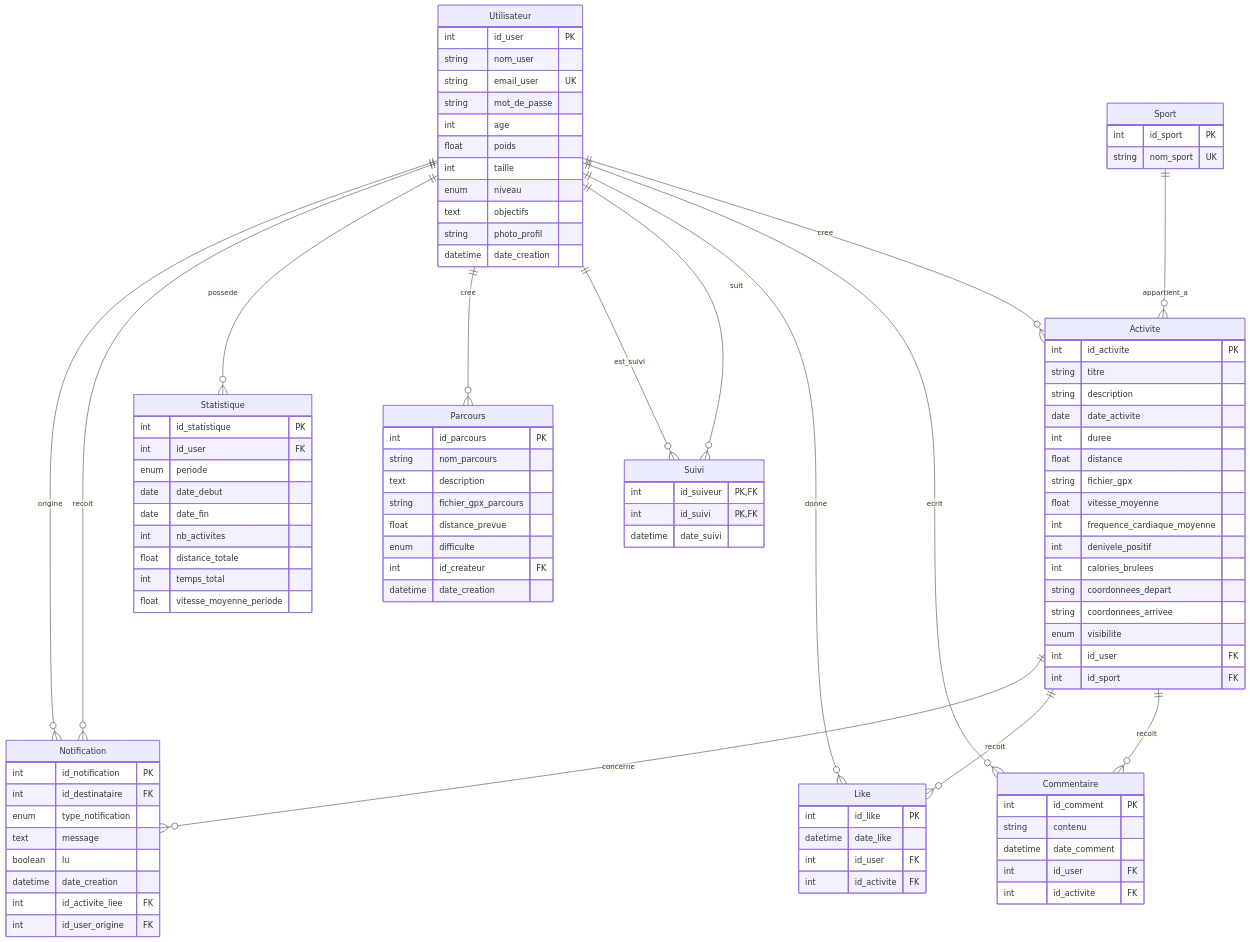
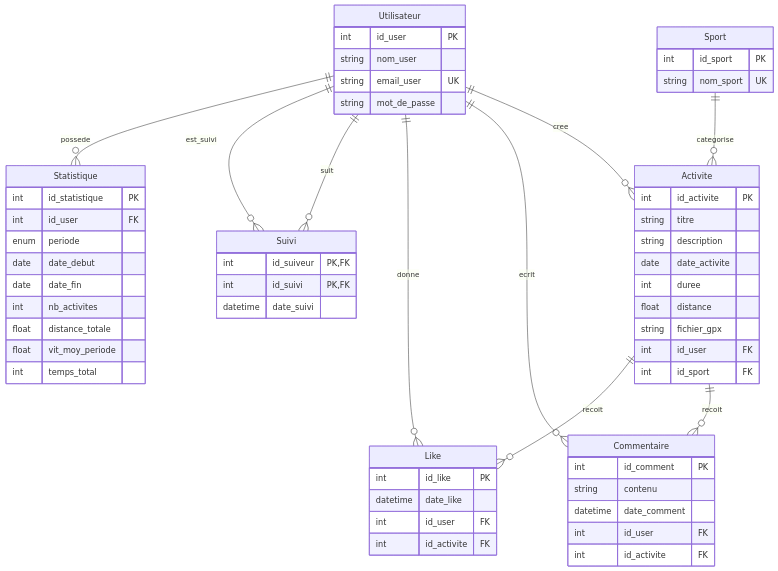
The diagram in diagramme_conceptuel_de_donnee.md (MariusAnicet/test), drawn with Mermaid before and after one commit.

````diff
--- a/diagramme_conceptuel_de_donnee.md
+++ b/diagramme_conceptuel_de_donnee.md
@@ -2,24 +2,20 @@
 ```mermaid
 erDiagram
+    %% Table principale des utilisateurs
     Utilisateur {
         int id_user PK
         string nom_user
         string email_user UK
         string mot_de_passe
-        int age
-        float poids
-        int taille
-        enum niveau
-        text objectifs
-        string photo_profil
-        datetime date_creation
     }
     
+    %% Table des sports (référentiel)
     Sport {
         int id_sport PK
         string nom_sport UK
     }
     
+    %% Table centrale des activités
     Activite {
         int id_activite PK
         string titre
@@ -28,28 +24,11 @@
         int duree
         float distance
         string fichier_gpx
-        float vitesse_moyenne
-        int frequence_cardiaque_moyenne
-        int denivele_positif
-        int calories_brulees
-        string coordonnees_depart
-        string coordonnees_arrivee
-        enum visibilite
         int id_user FK
         int id_sport FK
     }
     
-    Parcours {
-        int id_parcours PK
-        string nom_parcours
-        text description
-        string fichier_gpx_parcours
-        float distance_prevue
-        enum difficulte
-        int id_createur FK
-        datetime date_creation
-    }
-    
+    %% Tables d'interaction sociale
     Commentaire {
         int id_comment PK
         string contenu
@@ -65,12 +44,14 @@
         int id_activite FK
     }
     
+    %% Table de relation utilisateur-utilisateur
     Suivi {
         int id_suiveur PK,FK
         int id_suivi PK,FK
         datetime date_suivi
     }
     
+    %% Table des statistiques
     Statistique {
         int id_statistique PK
         int id_user FK
@@ -79,33 +60,22 @@
         date date_fin
         int nb_activites
         float distance_totale
+        float vit_moy_periode
         int temps_total
-        float vitesse_moyenne_periode
-    }
-    
-    Notification {
-        int id_notification PK
-        int id_destinataire FK
-        enum type_notification
-        text message
-        boolean lu
-        datetime date_creation
-        int id_activite_liee FK
-        int id_user_origine FK
     }
 
-    %% Relations
+    %% Relations principales
     Utilisateur ||--o{ Activite : cree
-    Sport ||--o{ Activite : appartient_a
+    Sport ||--o{ Activite : categorise
+    
+    %% Relations d'interaction
+    Utilisateur ||--o{ Commentaire : ecrit
+    Utilisateur ||--o{ Like : donne
     Activite ||--o{ Commentaire : recoit
     Activite ||--o{ Like : recoit
-    Utilisateur ||--o{ Commentaire : ecrit
-    Utilisateur ||--o{ Like : donne
+    
+    %% Relations de suivi et statistiques
     Utilisateur ||--o{ Suivi : suit
     Utilisateur ||--o{ Suivi : est_suivi
-    Utilisateur ||--o{ Parcours : cree
     Utilisateur ||--o{ Statistique : possede
-    Utilisateur ||--o{ Notification : recoit
-    Utilisateur ||--o{ Notification : origine
-    Activite ||--o{ Notification : concerne
 ```
````
